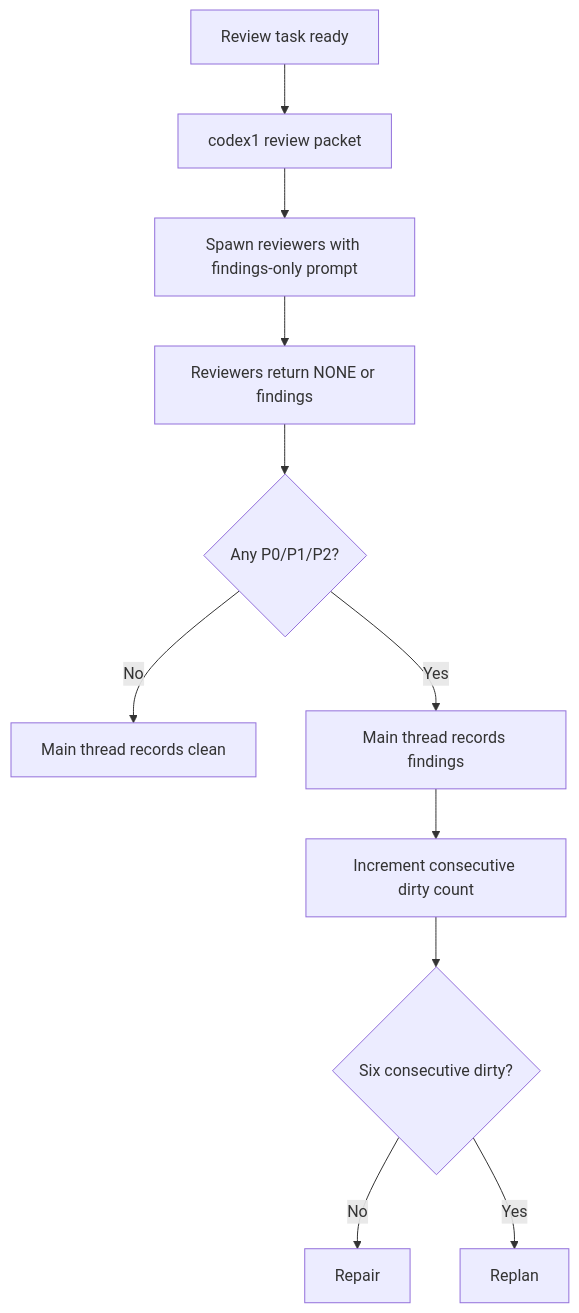
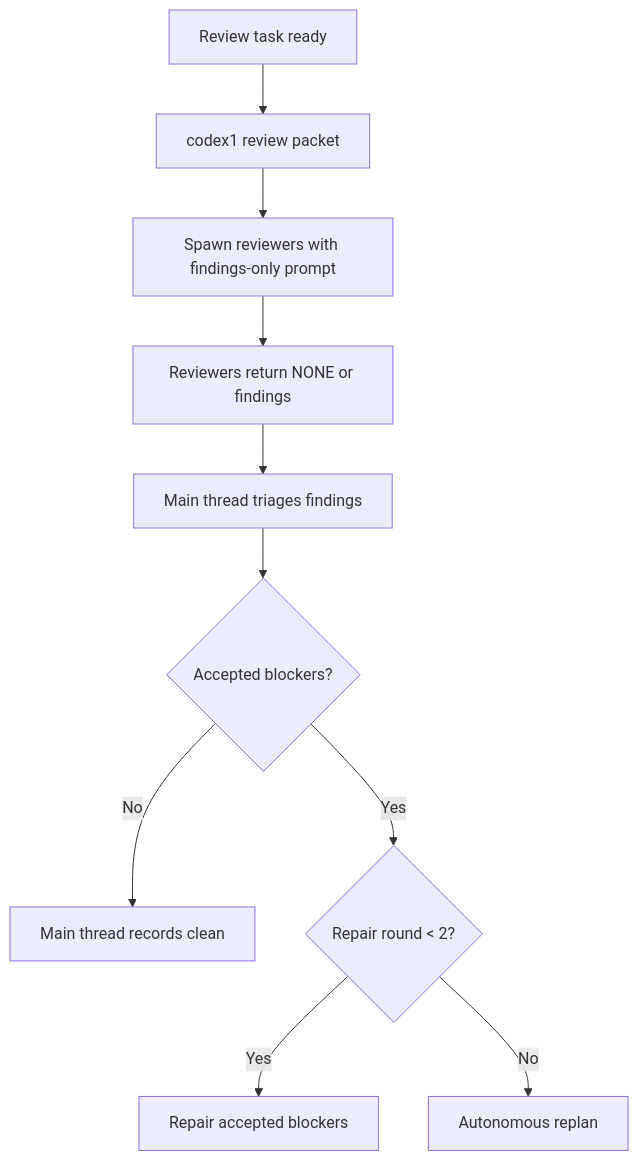
One commit to JoelEmanuelNilsson/codex1 changed the fifth of 7 diagrams in docs/codex1-rebuild-handoff/01-product-flow.md. Above: the diagram before and after it, drawn with Mermaid. The commit also changed other lines of this file and 10 other files, not shown here.

````diff
--- a/docs/codex1-rebuild-handoff/01-product-flow.md
+++ b/docs/codex1-rebuild-handoff/01-product-flow.md
@@ -174,13 +248,12 @@
 ```mermaid
 flowchart TD
     Start["Review task ready"] --> Packet["codex1 review packet"]
     Packet --> Spawn["Spawn reviewers with findings-only prompt"]
     Spawn --> Findings["Reviewers return NONE or findings"]
-    Findings --> Blocking{"Any P0/P1/P2?"}
+    Findings --> Triage["Main thread triages findings"]
+    Triage --> Blocking{"Accepted blockers?"}
     Blocking -->|No| Clean["Main thread records clean"]
-    Blocking -->|Yes| Dirty["Main thread records findings"]
-    Dirty --> Count["Increment consecutive dirty count"]
-    Count --> Replan{"Six consecutive dirty?"}
-    Replan -->|No| Repair["Repair"]
-    Replan -->|Yes| Plan["Replan"]
+    Blocking -->|Yes| Budget{"Repair round < 2?"}
+    Budget -->|Yes| Repair["Repair accepted blockers"]
+    Budget -->|No| Plan["Autonomous replan"]
 ```
````
